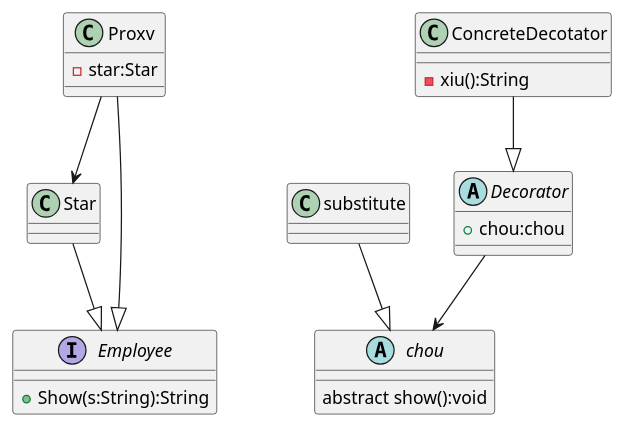
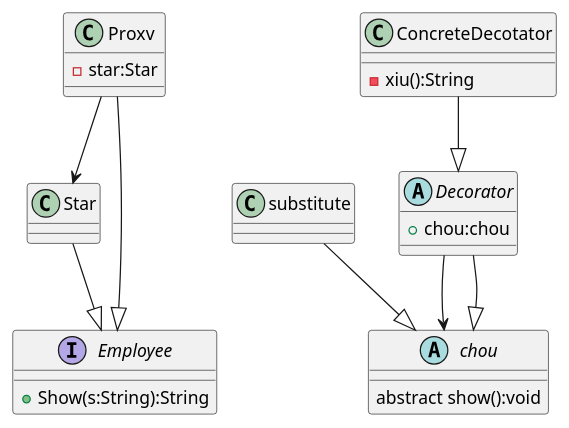
Before and after one commit to huoyanlieniao/software_Design_Pattern_Experiment: the diagram in src/uml/disignCode/Comprehensive1.puml, drawn with PlantUML. The commit also changed 21 other files, not shown here.

```diff
--- a/src/uml/disignCode/Comprehensive1.puml
+++ b/src/uml/disignCode/Comprehensive1.puml
@@ -1,37 +1,38 @@
 @startuml
 'https://plantuml.com/class-diagram
 
 class Star
 class Proxv{
 -star:Star
 }
 
 interface Employee{
 +Show(s:String):String
 }
 
 Star--|>Employee
 Proxv--|>Employee
 Proxv-->Star
 
 class substitute
 
 abstract chou{
 abstract show():void
 }
 substitute--|>chou
 
 abstract class Decorator{
 + chou:chou
 }
 
 class ConcreteDecotator{
 -xiu():String
 }
 
 ConcreteDecotator--|>Decorator
 Decorator-->chou
+Decorator--|>chou
 
 
 
 @enduml
```
